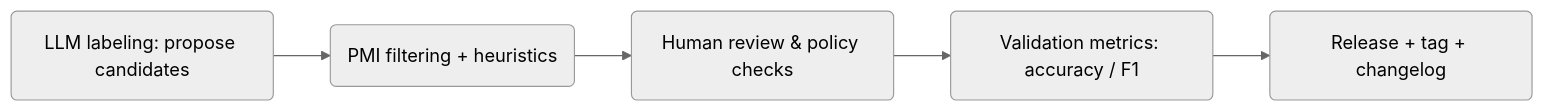
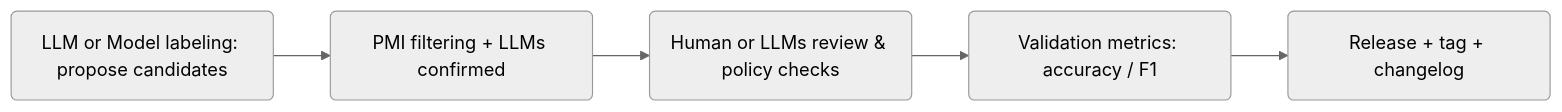
Before and after one commit to RemiMFB/Taiwan-Financial-Sentiment-Dictionary: the diagram in README.md, drawn with Mermaid (neutral theme).

Commit message:
Modified Workflow

````diff
--- a/README.md
+++ b/README.md
@@ -46,7 +46,7 @@
 ```mermaid
 flowchart LR
-  A(LLM labeling: propose candidates) --> B(PMI filtering + heuristics)
-  B --> C(Human review & policy checks)
+  A(LLM or Model labeling: propose candidates) --> B(PMI filtering + LLMs confirmed)
+  B --> C(Human or LLMs review & policy checks)
   C --> D(Validation metrics: accuracy / F1)
   D --> E(Release + tag + changelog)
 ```
````
